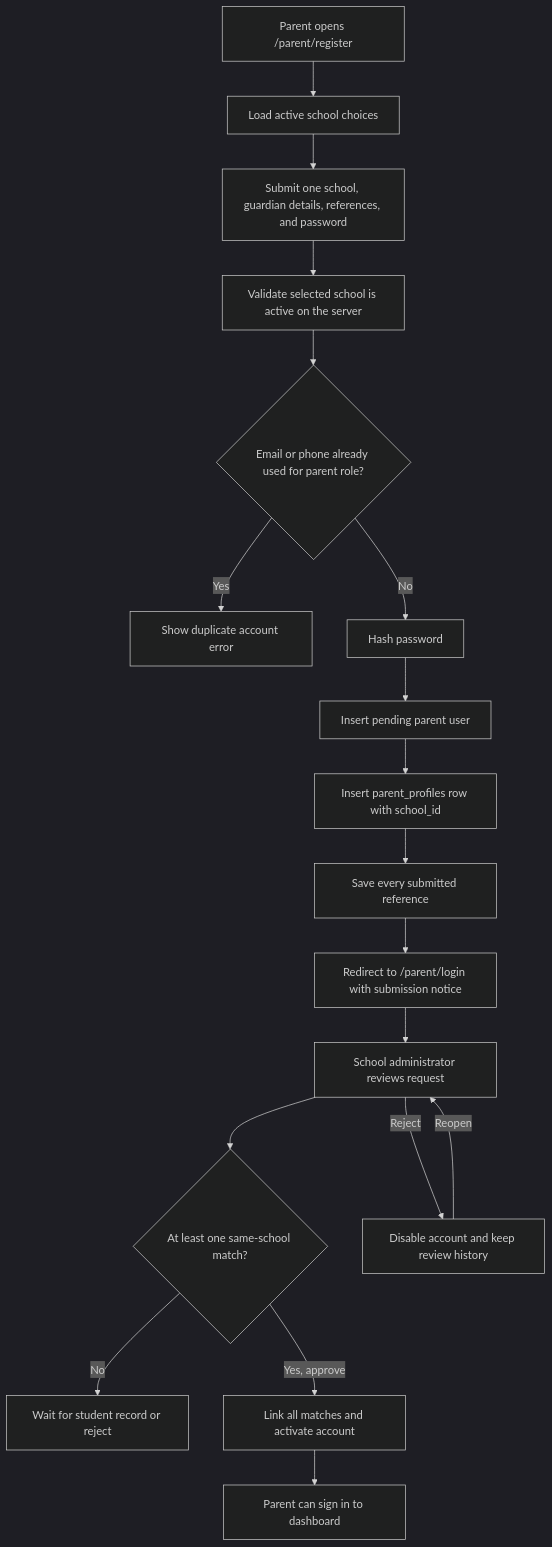
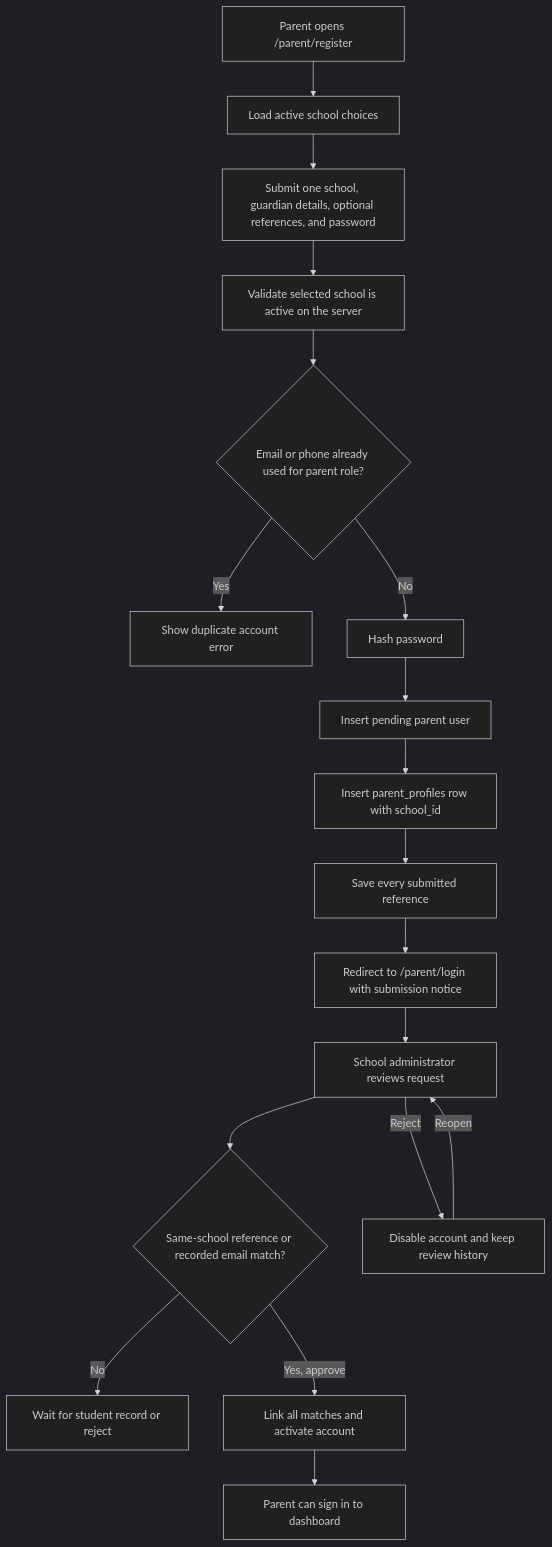
Before and after one commit to Xeyn19/xmetapay: diagram 11 of 23 in docs/PROJECT_FLOWCHARTS.md, drawn with Mermaid (dark theme). The commit also changed other lines of this file and 29 other files, not shown here.

````diff
--- a/docs/PROJECT_FLOWCHARTS.md
+++ b/docs/PROJECT_FLOWCHARTS.md
@@ -405,20 +407,20 @@
 ```mermaid
 flowchart TD
   A["Parent opens /parent/register"] --> B["Load active school choices"]
-  B --> C["Submit one school, guardian details, references, and password"]
+  B --> C["Submit one school, guardian details, optional references, and password"]
   C --> C2["Validate selected school is active on the server"]
   C2 --> D{"Email or phone already used for parent role?"}
   D -->|Yes| E["Show duplicate account error"]
   D -->|No| F["Hash password"]
   F --> G["Insert pending parent user"]
   G --> H["Insert parent_profiles row with school_id"]
   H --> I["Save every submitted reference"]
   I --> J["Redirect to /parent/login with submission notice"]
   J --> K["School administrator reviews request"]
-  K --> L{"At least one same-school match?"}
+  K --> L{"Same-school reference or recorded email match?"}
   L -->|No| M["Wait for student record or reject"]
   L -->|Yes, approve| N["Link all matches and activate account"]
   K -->|Reject| O["Disable account and keep review history"]
   O -->|Reopen| K
   N --> P["Parent can sign in to dashboard"]
 ```
````
